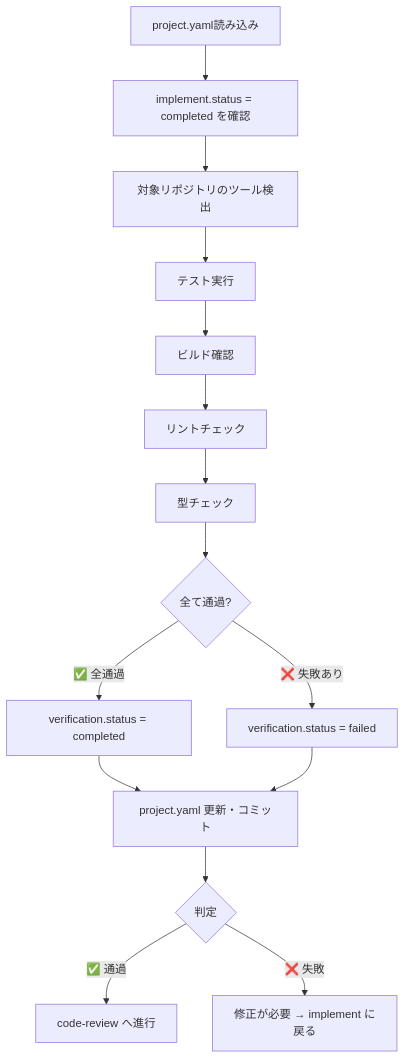
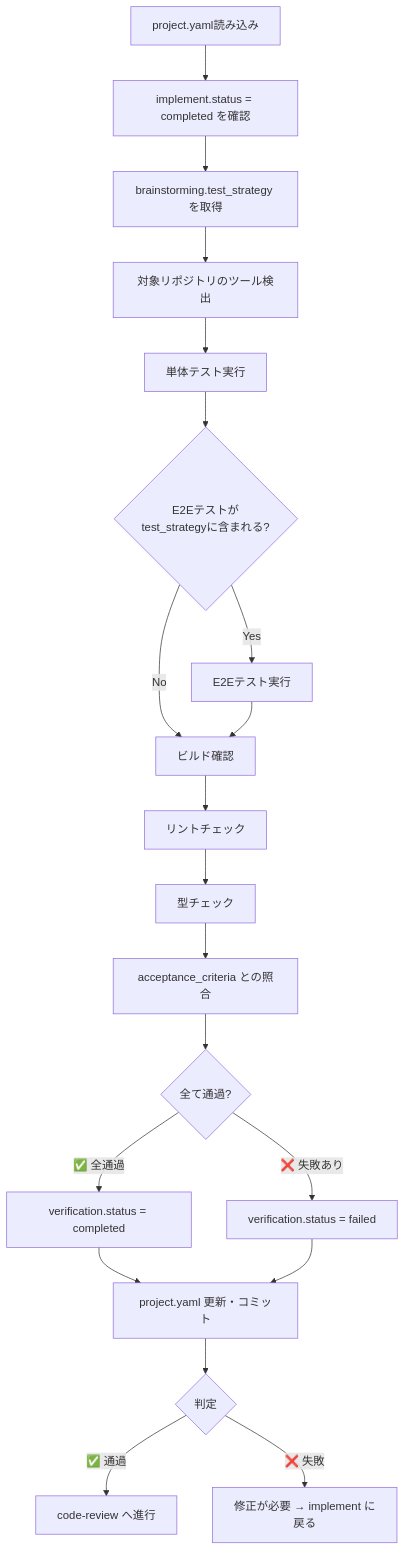
Before and after one commit to NagasakaH/dev-process: the diagram in .claude/skills/verification/SKILL.md, drawn with Mermaid. The commit also changed other lines of this file and 11 other files, not shown here.

````diff
--- a/.claude/skills/verification/SKILL.md
+++ b/.claude/skills/verification/SKILL.md
@@ -48,17 +59,22 @@
 ```mermaid
 flowchart TD
     A[project.yaml読み込み] --> B[implement.status = completed を確認]
-    B --> C[対象リポジトリのツール検出]
-    C --> D[テスト実行]
-    D --> E[ビルド確認]
+    B --> B2[brainstorming.test_strategy を取得]
+    B2 --> C[対象リポジトリのツール検出]
+    C --> D[単体テスト実行]
+    D --> D2{E2Eテストが<br/>test_strategyに含まれる?}
+    D2 -->|Yes| D3[E2Eテスト実行]
+    D2 -->|No| E[ビルド確認]
+    D3 --> E[ビルド確認]
     E --> F[リントチェック]
     F --> G[型チェック]
-    G --> H{全て通過?}
+    G --> G2[acceptance_criteria との照合]
+    G2 --> H{全て通過?}
     H -->|✅ 全通過| I[verification.status = completed]
     H -->|❌ 失敗あり| J[verification.status = failed]
     I --> K[project.yaml 更新・コミット]
     J --> K
     K --> L{判定}
     L -->|✅ 通過| M[code-review へ進行]
     L -->|❌ 失敗| N[修正が必要 → implement に戻る]
 ```
````
